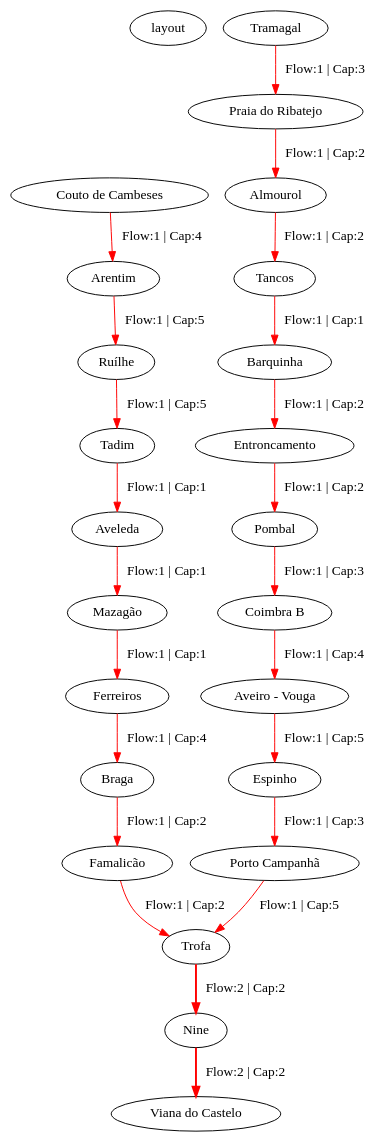
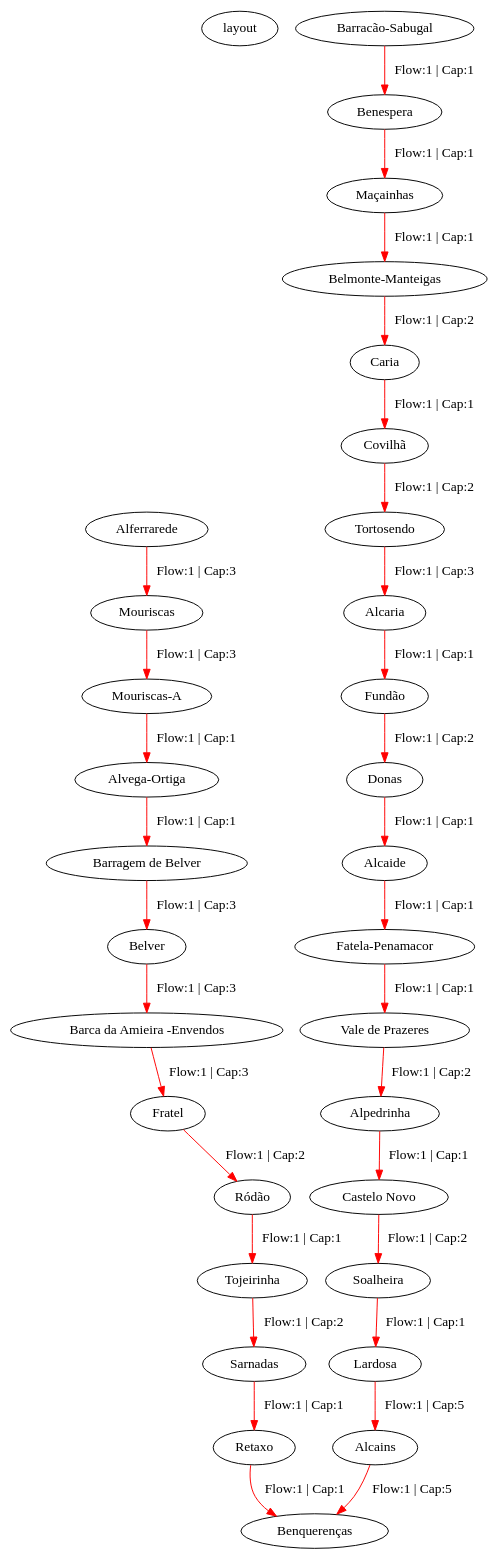
One commit to sirkotal/leic-rnm changed the diagram in graph_viewer/graph_MaxArrivalTrainsAt.gv. Above: the diagram before and after it, drawn with Graphviz. The commit also changed 5 other files, not shown here.

Commit message:
Added a Graph copy constructor

```diff
--- a/graph_viewer/graph_MaxArrivalTrainsAt.gv
+++ b/graph_viewer/graph_MaxArrivalTrainsAt.gv
@@ -1,26 +1,34 @@
 digraph G {
 layout: neato;
 
-	"Porto Campanhã" -> "Trofa" [label="Flow:1 | Cap:5", color=red, penwidth=1];
-	"Nine" -> "Viana do Castelo" [label="Flow:2 | Cap:2", color=red, penwidth=2];
-	"Pombal" -> "Coimbra B" [label="Flow:1 | Cap:3", color=red, penwidth=1];
-	"Famalicão" -> "Trofa" [label="Flow:1 | Cap:2", color=red, penwidth=1];
-	"Aveiro - Vouga" -> "Espinho" [label="Flow:1 | Cap:5", color=red, penwidth=1];
-	"Ferreiros" -> "Braga" [label="Flow:1 | Cap:4", color=red, penwidth=1];
-	"Entroncamento" -> "Pombal" [label="Flow:1 | Cap:2", color=red, penwidth=1];
-	"Braga" -> "Famalicão" [label="Flow:1 | Cap:2", color=red, penwidth=1];
-	"Espinho" -> "Porto Campanhã" [label="Flow:1 | Cap:3", color=red, penwidth=1];
-	"Aveleda" -> "Mazagão" [label="Flow:1 | Cap:1", color=red, penwidth=1];
-	"Coimbra B" -> "Aveiro - Vouga" [label="Flow:1 | Cap:4", color=red, penwidth=1];
-	"Mazagão" -> "Ferreiros" [label="Flow:1 | Cap:1", color=red, penwidth=1];
-	"Ruílhe" -> "Tadim" [label="Flow:1 | Cap:5", color=red, penwidth=1];
-	"Tadim" -> "Aveleda" [label="Flow:1 | Cap:1", color=red, penwidth=1];
-	"Tramagal" -> "Praia do Ribatejo" [label="Flow:1 | Cap:3", color=red, penwidth=1];
-	"Arentim" -> "Ruílhe" [label="Flow:1 | Cap:5", color=red, penwidth=1];
-	"Couto de Cambeses" -> "Arentim" [label="Flow:1 | Cap:4", color=red, penwidth=1];
-	"Barquinha" -> "Entroncamento" [label="Flow:1 | Cap:2", color=red, penwidth=1];
-	"Almourol" -> "Tancos" [label="Flow:1 | Cap:2", color=red, penwidth=1];
-	"Trofa" -> "Nine" [label="Flow:2 | Cap:2", color=red, penwidth=2];
-	"Praia do Ribatejo" -> "Almourol" [label="Flow:1 | Cap:2", color=red, penwidth=1];
-	"Tancos" -> "Barquinha" [label="Flow:1 | Cap:1", color=red, penwidth=1];
+	"Alferrarede" -> "Mouriscas" [label="Flow:1 | Cap:3", color=red, penwidth=1];
+	"Castelo Novo" -> "Soalheira" [label="Flow:1 | Cap:2", color=red, penwidth=1];
+	"Tojeirinha" -> "Sarnadas" [label="Flow:1 | Cap:2", color=red, penwidth=1];
+	"Belmonte-Manteigas" -> "Caria" [label="Flow:1 | Cap:2", color=red, penwidth=1];
+	"Belver" -> "Barca da Amieira -Envendos" [label="Flow:1 | Cap:3", color=red, penwidth=1];
+	"Lardosa" -> "Alcains" [label="Flow:1 | Cap:5", color=red, penwidth=1];
+	"Donas" -> "Alcaide" [label="Flow:1 | Cap:1", color=red, penwidth=1];
+	"Barracão-Sabugal" -> "Benespera" [label="Flow:1 | Cap:1", color=red, penwidth=1];
+	"Tortosendo" -> "Alcaria" [label="Flow:1 | Cap:3", color=red, penwidth=1];
+	"Ródão" -> "Tojeirinha" [label="Flow:1 | Cap:1", color=red, penwidth=1];
+	"Fundão" -> "Donas" [label="Flow:1 | Cap:2", color=red, penwidth=1];
+	"Alcaide" -> "Fatela-Penamacor" [label="Flow:1 | Cap:1", color=red, penwidth=1];
+	"Soalheira" -> "Lardosa" [label="Flow:1 | Cap:1", color=red, penwidth=1];
+	"Mouriscas-A" -> "Alvega-Ortiga" [label="Flow:1 | Cap:1", color=red, penwidth=1];
+	"Mouriscas" -> "Mouriscas-A" [label="Flow:1 | Cap:3", color=red, penwidth=1];
+	"Fratel" -> "Ródão" [label="Flow:1 | Cap:2", color=red, penwidth=1];
+	"Alcaria" -> "Fundão" [label="Flow:1 | Cap:1", color=red, penwidth=1];
+	"Alpedrinha" -> "Castelo Novo" [label="Flow:1 | Cap:1", color=red, penwidth=1];
+	"Retaxo" -> "Benquerenças" [label="Flow:1 | Cap:1", color=red, penwidth=1];
+	"Fatela-Penamacor" -> "Vale de Prazeres" [label="Flow:1 | Cap:1", color=red, penwidth=1];
+	"Alcains" -> "Benquerenças" [label="Flow:1 | Cap:5", color=red, penwidth=1];
+	"Barca da Amieira -Envendos" -> "Fratel" [label="Flow:1 | Cap:3", color=red, penwidth=1];
+	"Maçainhas" -> "Belmonte-Manteigas" [label="Flow:1 | Cap:1", color=red, penwidth=1];
+	"Sarnadas" -> "Retaxo" [label="Flow:1 | Cap:1", color=red, penwidth=1];
+	"Covilhã" -> "Tortosendo" [label="Flow:1 | Cap:2", color=red, penwidth=1];
+	"Barragem de Belver" -> "Belver" [label="Flow:1 | Cap:3", color=red, penwidth=1];
+	"Benespera" -> "Maçainhas" [label="Flow:1 | Cap:1", color=red, penwidth=1];
+	"Vale de Prazeres" -> "Alpedrinha" [label="Flow:1 | Cap:2", color=red, penwidth=1];
+	"Alvega-Ortiga" -> "Barragem de Belver" [label="Flow:1 | Cap:1", color=red, penwidth=1];
+	"Caria" -> "Covilhã" [label="Flow:1 | Cap:1", color=red, penwidth=1];
 }
```
